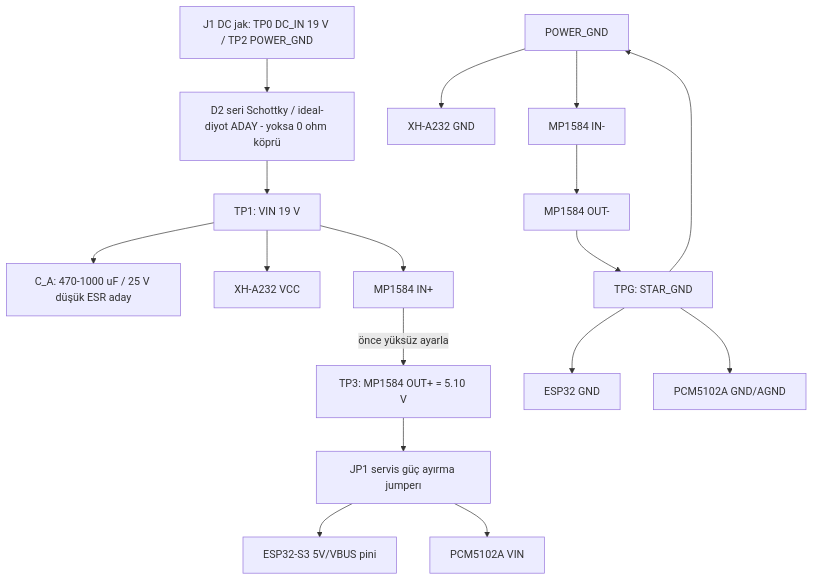
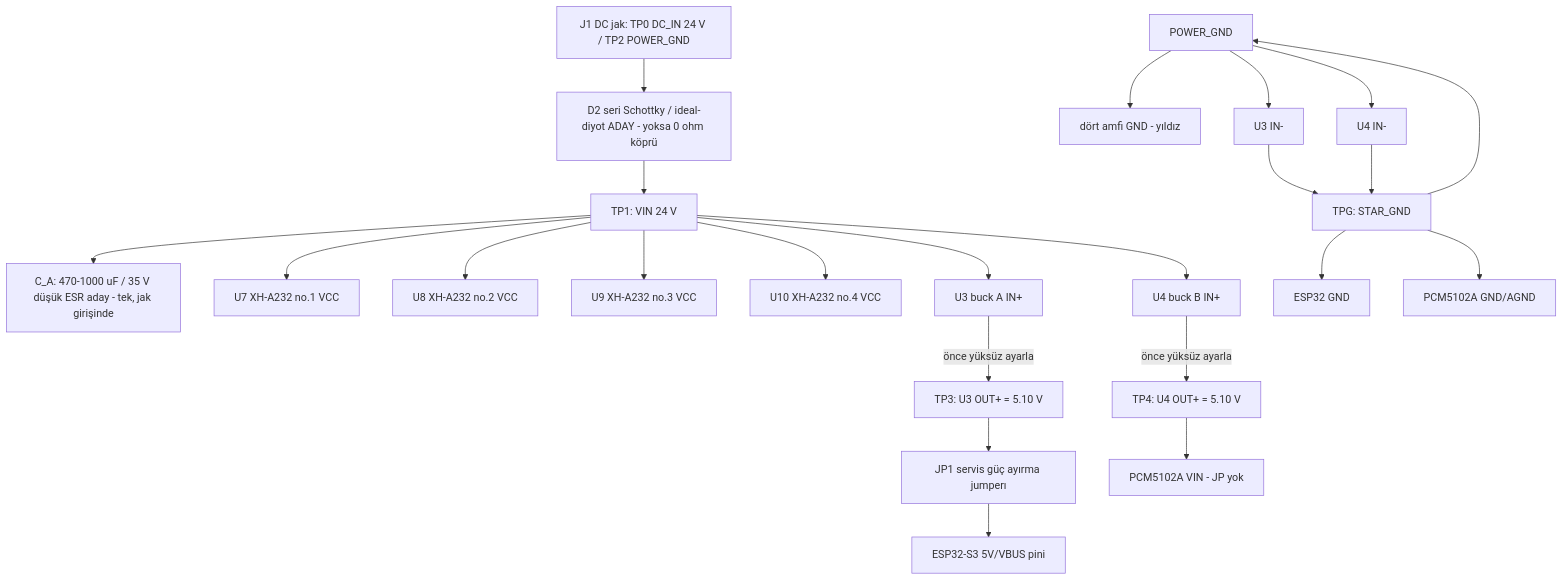
Before and after one commit to ktahatastan/esp32-airplay-speakers: the second of 7 diagrams in docs/02-hardware/circuit-and-wiring-plan.md, drawn with Mermaid. The commit also changed other lines of this file and 122 other files, not shown here.

````diff
--- a/docs/02-hardware/circuit-and-wiring-plan.md
+++ b/docs/02-hardware/circuit-and-wiring-plan.md
@@ -61,20 +84,26 @@
 ```mermaid
 flowchart TB
-    JACK[J1 DC jak: TP0 DC_IN 19 V / TP2 POWER_GND] --> D2[D2 seri Schottky / ideal-diyot ADAY - yoksa 0 ohm köprü]
-    D2 --> VIN[TP1: VIN 19 V]
-    VIN --> CMAIN[C_A: 470-1000 uF / 25 V düşük ESR aday]
-    VIN --> AMP[XH-A232 VCC]
-    VIN --> BIN[MP1584 IN+]
-    PGND[POWER_GND] --> AMP_G[XH-A232 GND]
-    PGND --> BING[MP1584 IN-]
+    JACK[J1 DC jak: TP0 DC_IN 24 V / TP2 POWER_GND] --> D2[D2 seri Schottky / ideal-diyot ADAY - yoksa 0 ohm köprü]
+    D2 --> VIN[TP1: VIN 24 V]
+    VIN --> CMAIN[C_A: 470-1000 uF / 35 V düşük ESR aday - tek, jak girişinde]
+    VIN --> A1[U7 XH-A232 no.1 VCC]
+    VIN --> A2[U8 XH-A232 no.2 VCC]
+    VIN --> A3[U9 XH-A232 no.3 VCC]
+    VIN --> A4[U10 XH-A232 no.4 VCC]
+    VIN --> BAIN[U3 buck A IN+]
+    VIN --> BBIN[U4 buck B IN+]
+    PGND[POWER_GND] --> AMPG[dört amfi GND - yıldız]
+    PGND --> BAING[U3 IN-]
+    PGND --> BBING[U4 IN-]
 
-    BIN -->|önce yüksüz ayarla| BOUT[TP3: MP1584 OUT+ = 5.10 V]
-    BING --> BOUTG[MP1584 OUT-]
-    BOUT --> JP1[JP1 servis güç ayırma jumperı]
+    BAIN -->|önce yüksüz ayarla| BAOUT[TP3: U3 OUT+ = 5.10 V]
+    BAOUT --> JP1[JP1 servis güç ayırma jumperı]
     JP1 --> ESP5[ESP32-S3 5V/VBUS pini]
-    JP1 --> DAC5[PCM5102A VIN]
-    BOUTG --> STAR[TPG: STAR_GND]
+    BBIN -->|önce yüksüz ayarla| BBOUT[TP4: U4 OUT+ = 5.10 V]
+    BBOUT --> DAC5[PCM5102A VIN - JP yok]
+    BAING --> STAR[TPG: STAR_GND]
+    BBING --> STAR
     STAR --> ESPG[ESP32 GND]
     STAR --> DACG[PCM5102A GND/AGND]
     STAR --> PGND
 ```
````
